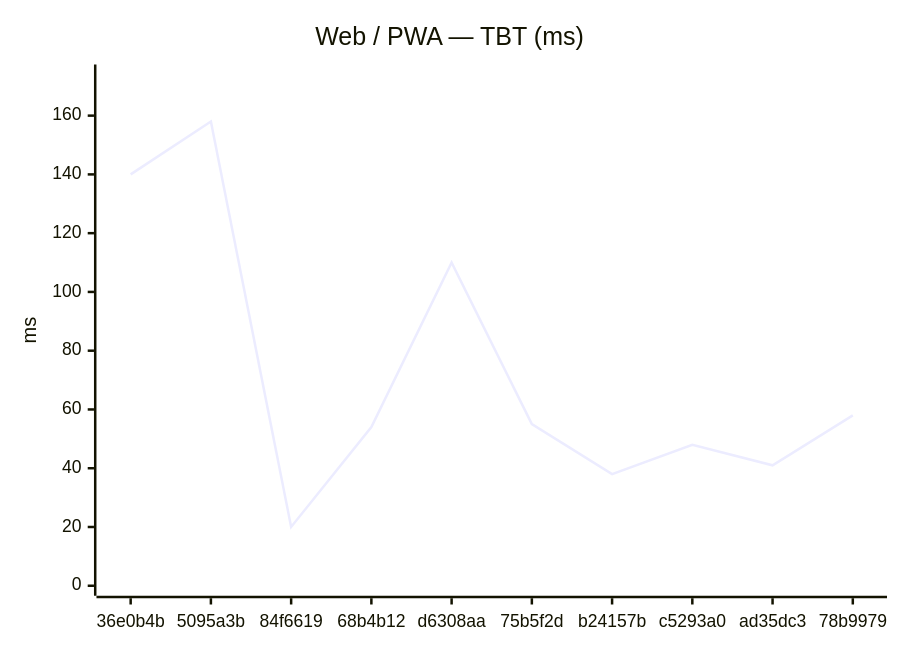
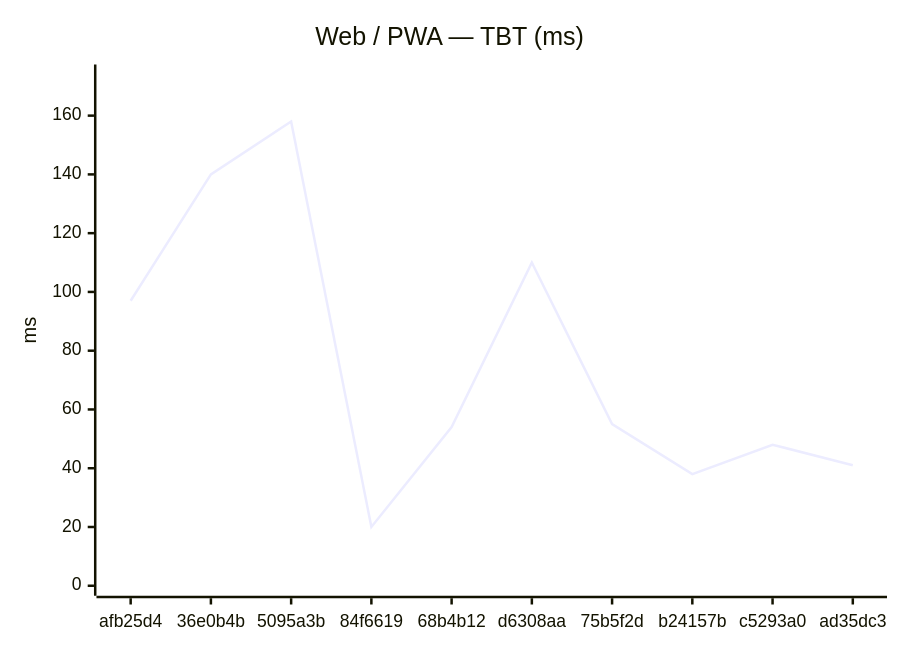
The second of 18 diagrams in benchmarks/compare.md (Metaheurist/Rianell), drawn with Mermaid before and after one commit. The commit also changed other lines of this file and 11 other files, not shown here.

````diff
--- a/benchmarks/compare.md
+++ b/benchmarks/compare.md
@@ -31,7 +31,7 @@
 ```mermaid
 xychart-beta
     title "Web / PWA — TBT (ms)"
-    x-axis ["36e0b4b", "5095a3b", "84f6619", "68b4b12", "d6308aa", "75b5f2d", "b24157b", "c5293a0", "ad35dc3", "78b9979"]
+    x-axis ["afb25d4", "36e0b4b", "5095a3b", "84f6619", "68b4b12", "d6308aa", "75b5f2d", "b24157b", "c5293a0", "ad35dc3"]
     y-axis "ms" 0 --> 174
-    line [140, 158, 20, 54, 110, 55, 38, 48, 41, 58]
+    line [97, 140, 158, 20, 54, 110, 55, 38, 48, 41]
 ```
````
